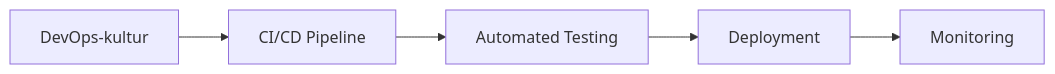
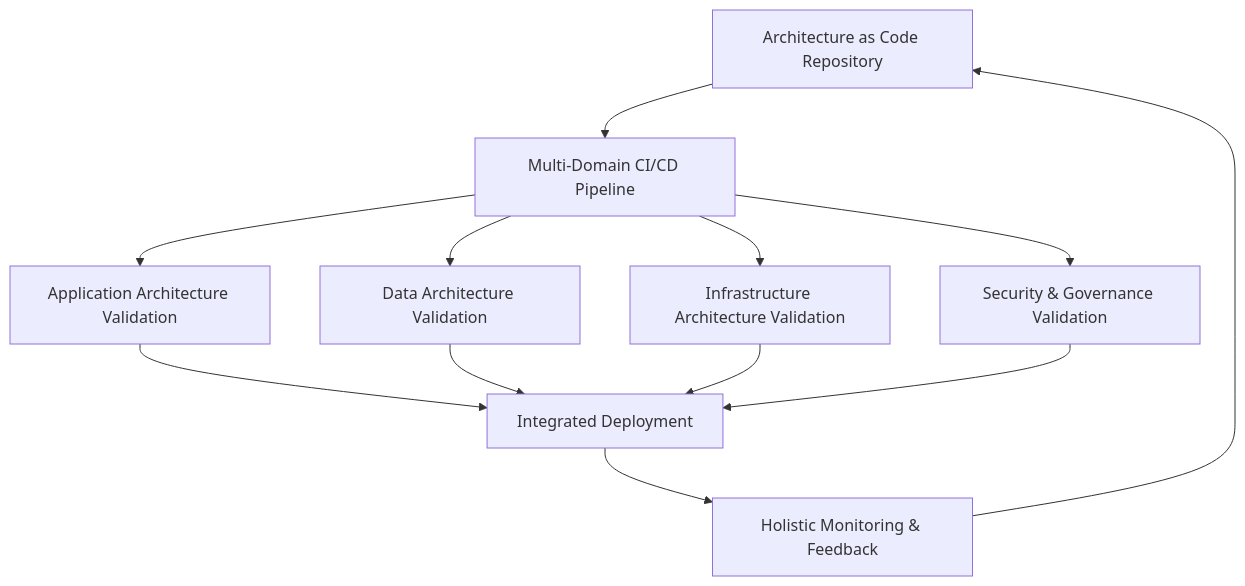
One commit to Geonitab/architecture_as_code changed the diagram in docs/images/diagram_08_kapitel6.mmd. Above: the diagram before and after it, drawn with Mermaid. The commit also changed 2 other files, not shown here.

Commit message:
Rewrite Chapter 6 to focus on Architecture as Code instead of Infrastructure as Code

```diff
--- a/docs/images/diagram_08_kapitel6.mmd
+++ b/docs/images/diagram_08_kapitel6.mmd
@@ -1,5 +1,12 @@
-graph LR
-    A[DevOps-kultur] --> B[CI/CD Pipeline]
-    B --> C[Automated Testing]
-    C --> D[Deployment]
-    D --> E[Monitoring]
+graph TB
+    A[Architecture as Code Repository] --> B[Multi-Domain CI/CD Pipeline]
+    B --> C[Application Architecture Validation]
+    B --> D[Data Architecture Validation]
+    B --> E[Infrastructure Architecture Validation]
+    B --> F[Security & Governance Validation]
+    C --> G[Integrated Deployment]
+    D --> G
+    E --> G
+    F --> G
+    G --> H[Holistic Monitoring & Feedback]
+    H --> A
```
